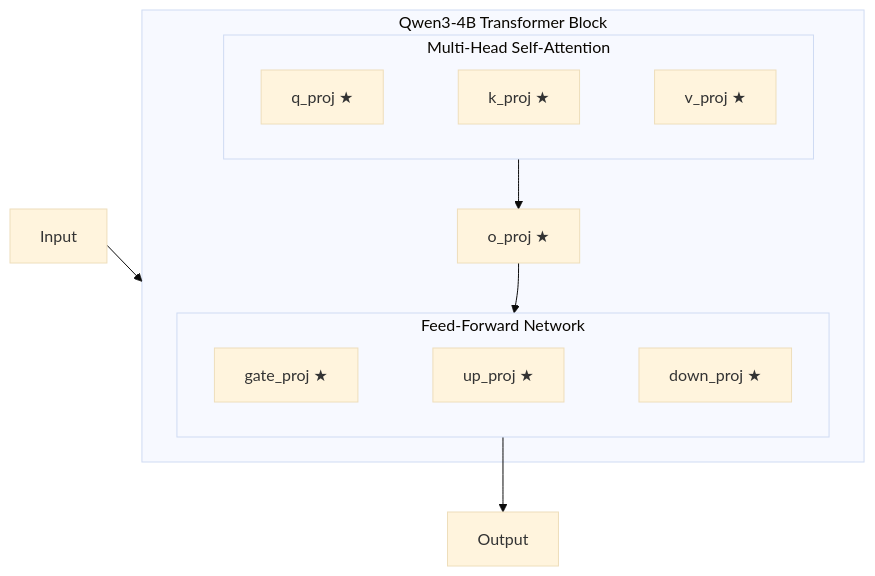
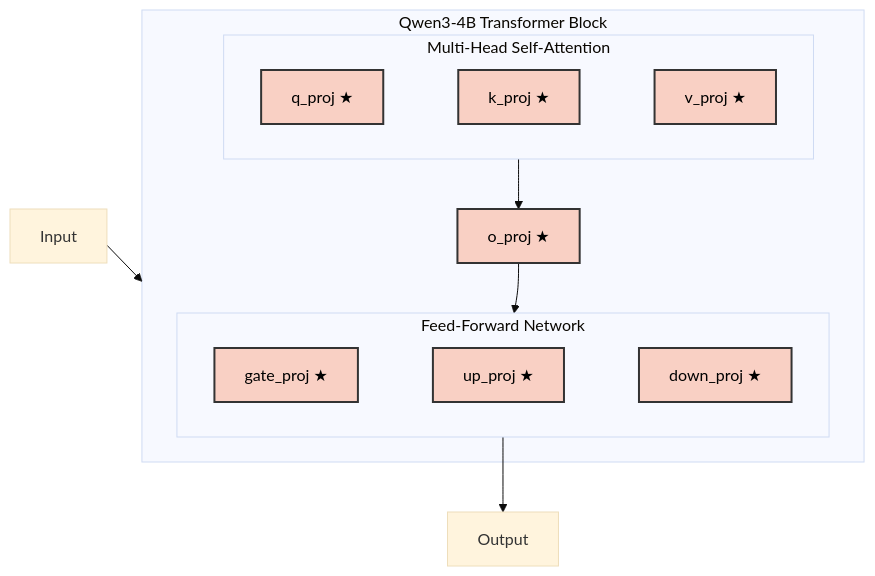
The fifth of 9 diagrams in presentation_content.md (viduvan/Docs), drawn with Mermaid (base theme) before and after one commit.

Commit message:
update presentation_content

````diff
--- a/presentation_content.md
+++ b/presentation_content.md
@@ -287,24 +287,26 @@
 ```mermaid
 flowchart TD
     Input --> Block
     
     subgraph Block ["Qwen3-4B Transformer Block"]
         subgraph Attention ["Multi-Head Self-Attention"]
             direction LR
             Q["q_proj ★"]:::lora ~~~ K["k_proj ★"]:::lora ~~~ V["v_proj ★"]:::lora
         end
         
         O["o_proj ★"]:::lora
         
         subgraph FFN ["Feed-Forward Network"]
             direction LR
             Gate["gate_proj ★"]:::lora ~~~ Up["up_proj ★"]:::lora ~~~ Down["down_proj ★"]:::lora
         end
         
         Attention --> O
         O --> FFN
     end
     
     FFN --> Output
     
+    classDef lora fill:#f9d0c4,stroke:#333,stroke-width:2px,color:#000;
+    %% (★) Indicates LoRA is applied
 ```
````
